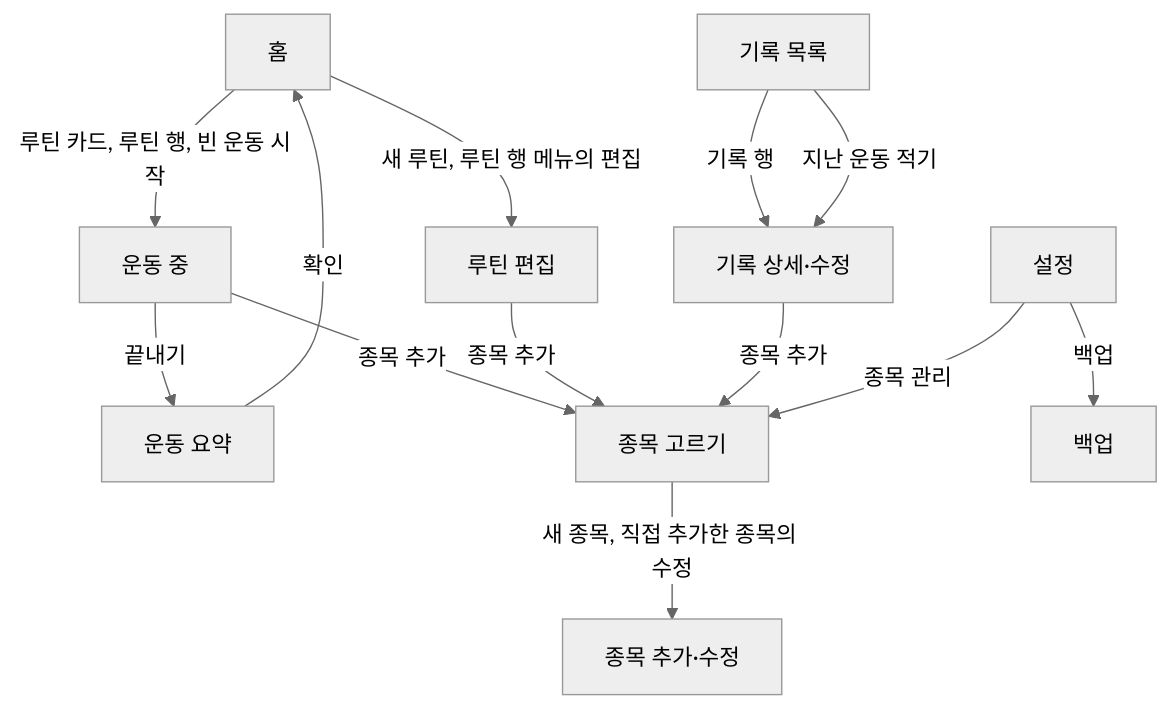
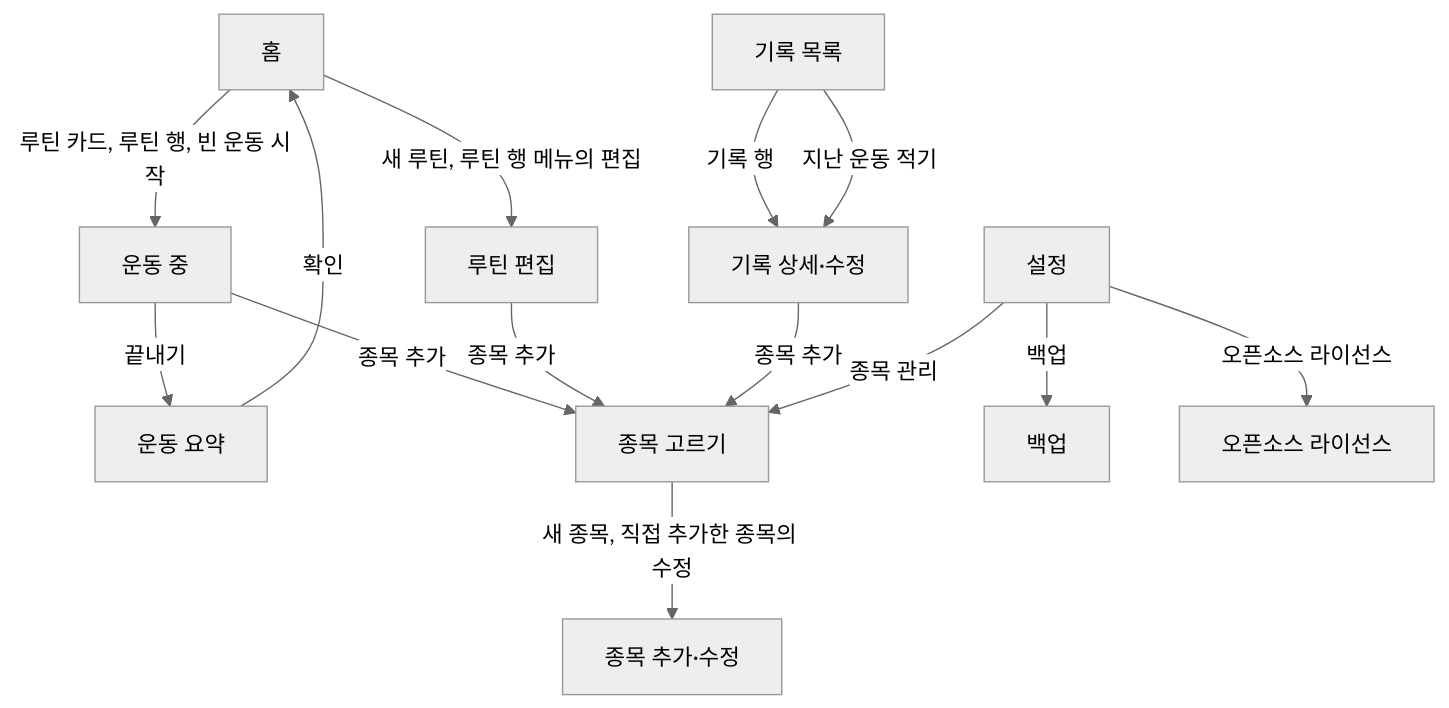
Before and after one commit to zzunsik/next-set: the first of 2 diagrams in docs/DESIGN.md, drawn with Mermaid (neutral theme). The commit also changed other lines of this file and 1 other file, not shown here.

````diff
--- a/docs/DESIGN.md
+++ b/docs/DESIGN.md
@@ -479,15 +595,16 @@
 ```mermaid
 flowchart TD
     Home["홈"] -->|"루틴 카드, 루틴 행, 빈 운동 시작"| Workout["운동 중"]
     Home -->|"새 루틴, 루틴 행 메뉴의 편집"| RoutineEdit["루틴 편집"]
     Workout -->|"끝내기"| Summary["운동 요약"]
     Summary -->|"확인"| Home
     Workout -->|"종목 추가"| Picker["종목 고르기"]
     RoutineEdit -->|"종목 추가"| Picker
     Picker -->|"새 종목, 직접 추가한 종목의 수정"| ExerciseForm["종목 추가·수정"]
     History["기록 목록"] -->|"기록 행"| Detail["기록 상세·수정"]
     History -->|"지난 운동 적기"| Detail
     Detail -->|"종목 추가"| Picker
     Settings["설정"] -->|"종목 관리"| Picker
     Settings -->|"백업"| Backup["백업"]
+    Settings -->|"오픈소스 라이선스"| Licenses["오픈소스 라이선스"]
 ```
````
